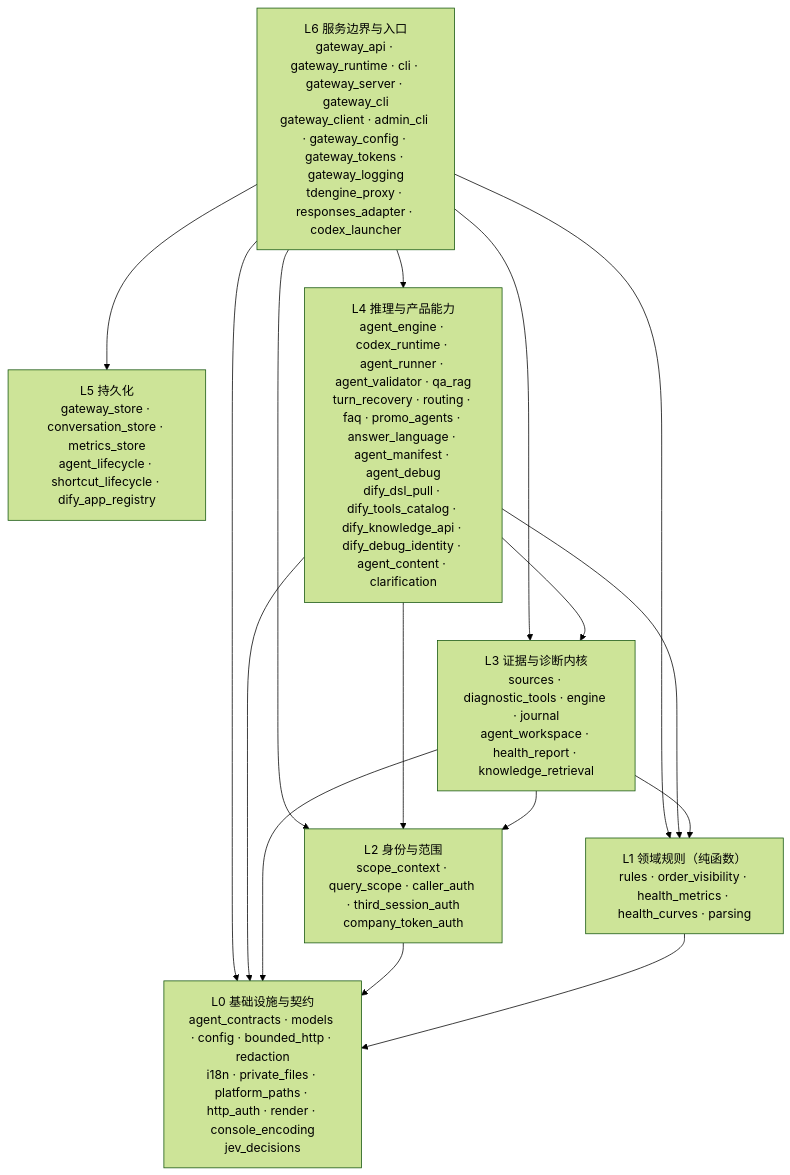
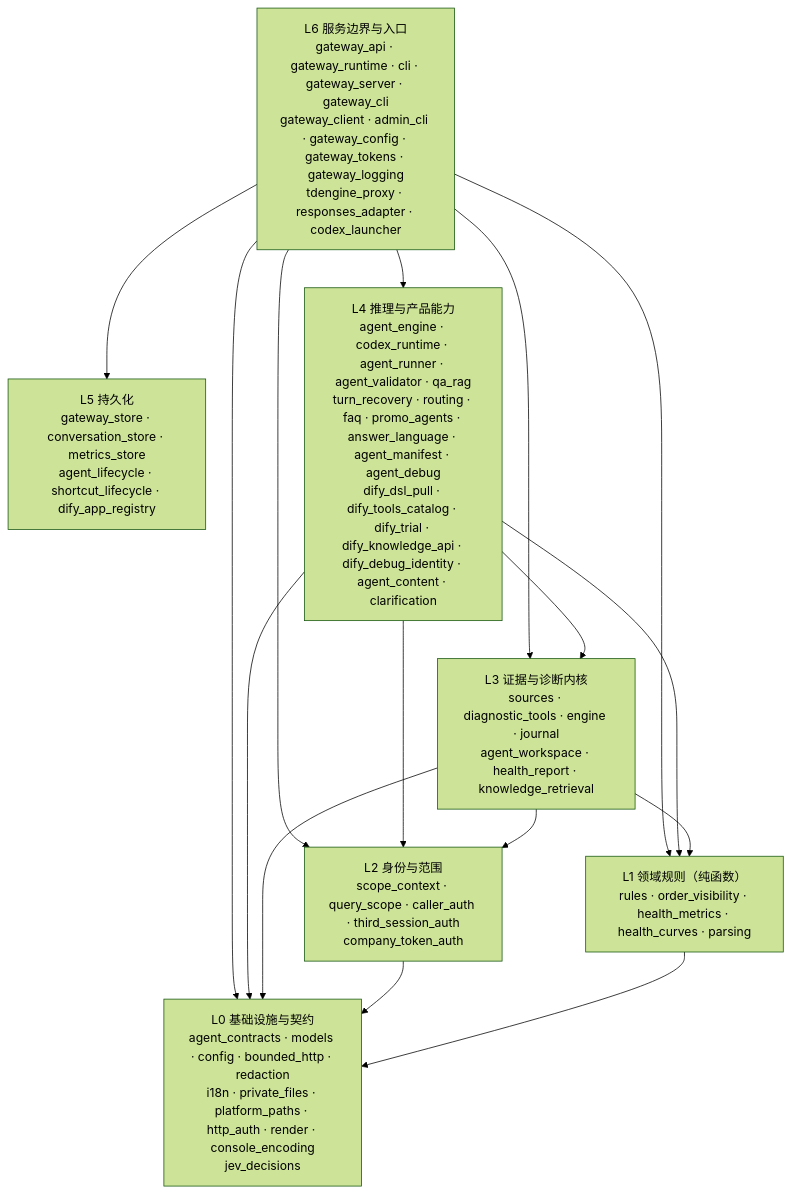
The diagram in README.md (kilbertert/AI-Ops), drawn with Mermaid (forest theme) before and after one commit. The commit also changed other lines of this file and 12 other files, not shown here.

````diff
--- a/README.md
+++ b/README.md
@@ -183,26 +183,26 @@
 ```mermaid
 flowchart TB
     L6["L6 服务边界与入口<br/>gateway_api · gateway_runtime · cli · gateway_server · gateway_cli<br/>gateway_client · admin_cli · gateway_config · gateway_tokens · gateway_logging<br/>tdengine_proxy · responses_adapter · codex_launcher"]
     L5["L5 持久化<br/>gateway_store · conversation_store · metrics_store<br/>agent_lifecycle · shortcut_lifecycle · dify_app_registry"]
-    L4["L4 推理与产品能力<br/>agent_engine · codex_runtime · agent_runner · agent_validator · qa_rag<br/>turn_recovery · routing · faq · promo_agents · answer_language · agent_manifest · agent_debug<br/>dify_dsl_pull · dify_tools_catalog · dify_knowledge_api · dify_debug_identity · agent_content · clarification"]
+    L4["L4 推理与产品能力<br/>agent_engine · codex_runtime · agent_runner · agent_validator · qa_rag<br/>turn_recovery · routing · faq · promo_agents · answer_language · agent_manifest · agent_debug<br/>dify_dsl_pull · dify_tools_catalog · dify_trial · dify_knowledge_api · dify_debug_identity · agent_content · clarification"]
     L3["L3 证据与诊断内核<br/>sources · diagnostic_tools · engine · journal<br/>agent_workspace · health_report · knowledge_retrieval"]
     L2["L2 身份与范围<br/>scope_context · query_scope · caller_auth · third_session_auth<br/>company_token_auth"]
     L1["L1 领域规则（纯函数）<br/>rules · order_visibility · health_metrics · health_curves · parsing"]
     L0["L0 基础设施与契约<br/>agent_contracts · models · config · bounded_http · redaction<br/>i18n · private_files · platform_paths · http_auth · render · console_encoding<br/>jev_decisions"]
 
     L6 --> L5
     L6 --> L4
     L6 --> L3
     L6 --> L2
     L6 --> L1
     L6 --> L0
     L4 --> L3
     L4 --> L2
     L4 --> L1
     L4 --> L0
     L3 --> L2
     L3 --> L1
     L3 --> L0
     L2 --> L0
     L1 --> L0
 ```
````
